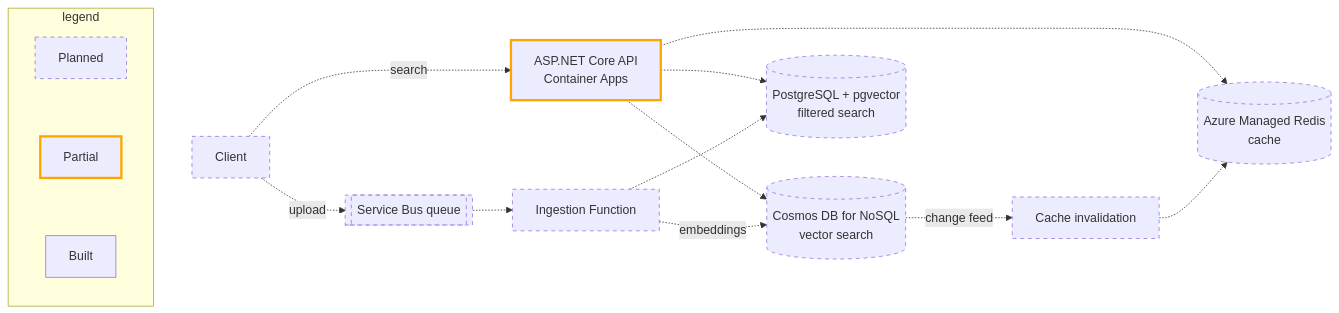
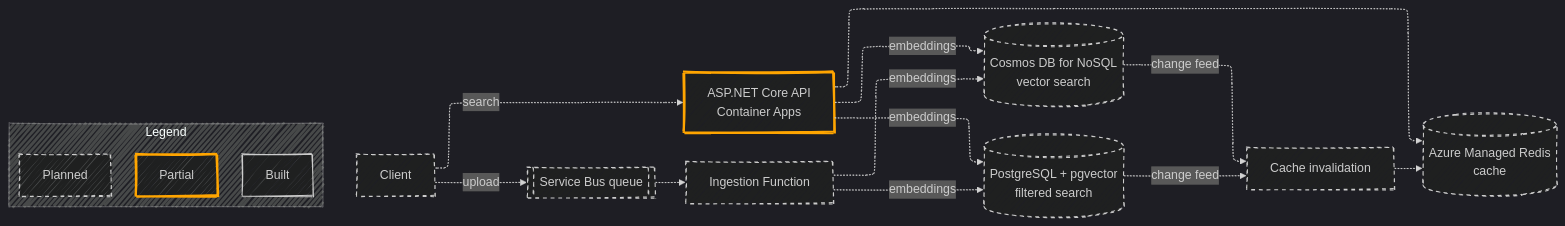
The diagram in README.md (Fkitchell/RagSearch), drawn with Mermaid before and after one commit. The commit also changed other lines of this file and 13 other files, not shown here.

````diff
--- a/README.md
+++ b/README.md
@@ -12,26 +13,31 @@
 ```mermaid
+---
+config:
+  layout: elk
+  look: handDrawn
+  theme: dark
+---
+
 flowchart LR
     L3[Built] ~~~ Client -.->|search| API[ASP.NET Core API<br/>Container Apps]
     API -.-> Redis[(Azure Managed Redis<br/>cache)]
-    API -.-> Cosmos[(Cosmos DB for NoSQL<br/>vector search)]
-    API -.-> PG[(PostgreSQL + pgvector<br/>filtered search)]
     Client -.->|upload| SB[[Service Bus queue]]
     SB -.-> Fn[Ingestion Function]
-    Fn -.->|embeddings| Cosmos
-    Fn -.-> PG
+    Fn & API -.-> |embeddings| Cosmos[(Cosmos DB for NoSQL<br/>vector search)] & PG[(PostgreSQL + pgvector<br/>filtered search)]
     Cosmos -.->|change feed| Inval[Cache invalidation]
+    PG -.->|change feed| Inval[Cache invalidation]
     Inval -.-> Redis
 
 classDef planned stroke-dasharray: 5 5
 classDef partial stroke-width:3px,stroke:orange
 
 class API partial
 class Cosmos,Inval,Redis,Client,SB,PG,Fn planned
 
-subgraph legend
+subgraph Legend
     direction TB
     L1[Planned]:::planned ~~~
     L2[Partial]:::partial ~~~
     L3[Built]
     end
 ```
````
